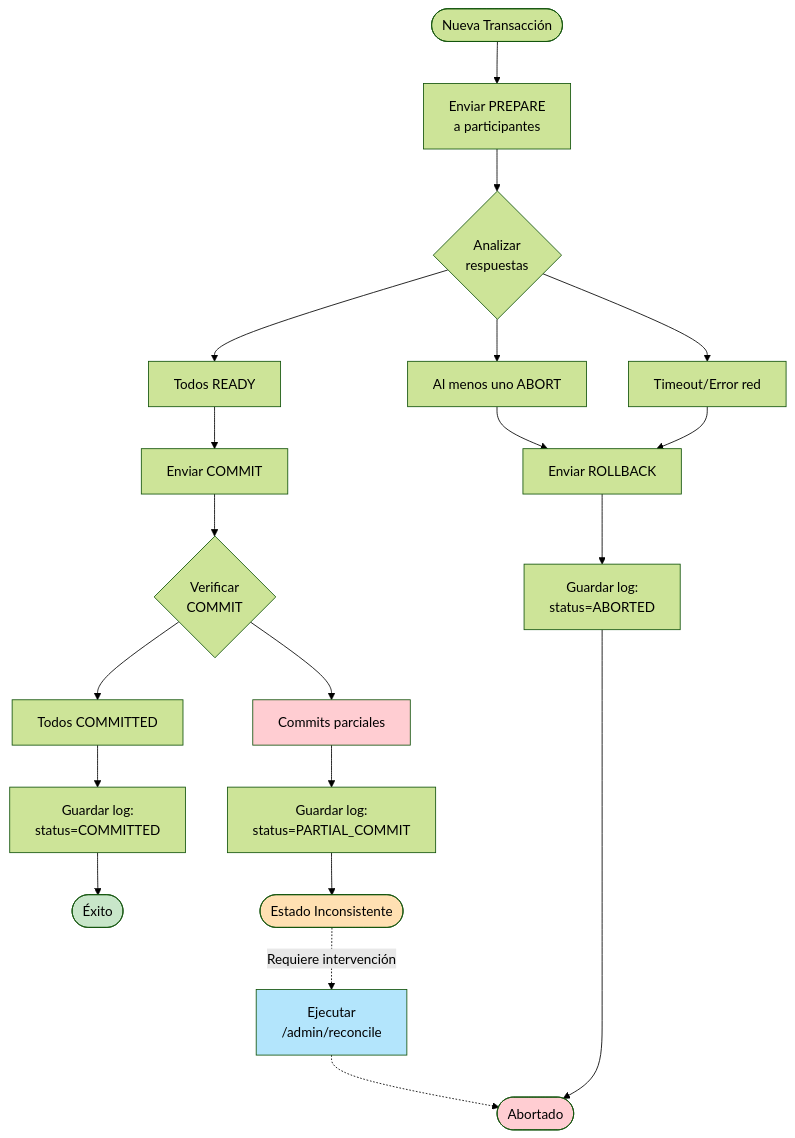
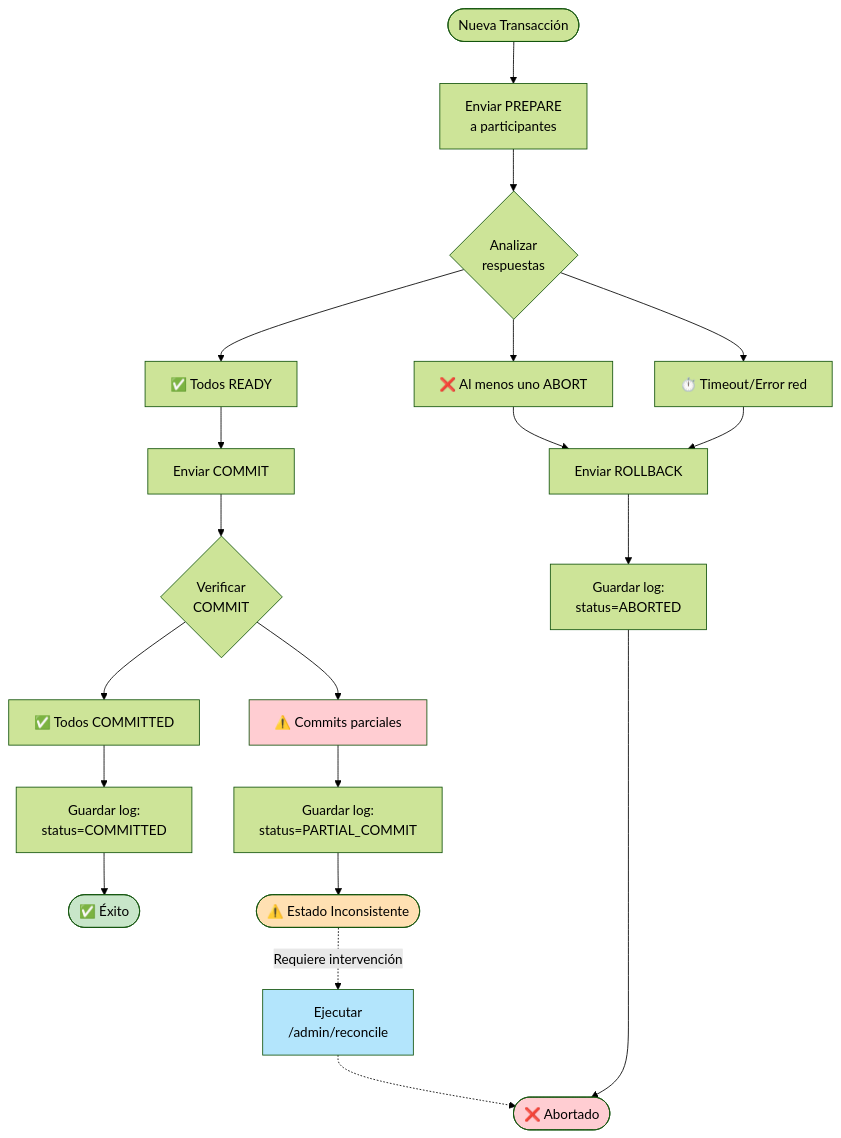
Before and after one commit to axlprz/APIv2final: the seventh of 8 diagrams in README_DOCUMENTACION.md, drawn with Mermaid (forest theme). The commit also changed other lines of this file, not shown here.

````diff
--- a/README_DOCUMENTACION.md
+++ b/README_DOCUMENTACION.md
@@ -455,63 +455,63 @@
 ```mermaid
 flowchart TD
     TX_START([Nueva Transacción])
     
     PREPARE[Enviar PREPARE<br/>a participantes]
     
     CHECK_RESP{Analizar<br/>respuestas}
     
-    ALL_READY[Todos READY]
-    SOME_ABORT[Al menos uno ABORT]
-    TIMEOUT[Timeout/Error red]
+    ALL_READY[✅ Todos READY]
+    SOME_ABORT[❌ Al menos uno ABORT]
+    TIMEOUT[⏱️ Timeout/Error red]
     
     COMMIT[Enviar COMMIT]
     ROLLBACK[Enviar ROLLBACK]
     
     CHECK_COMMIT{Verificar<br/>COMMIT}
     
-    ALL_COMMITTED[Todos COMMITTED]
-    PARTIAL[Commits parciales]
+    ALL_COMMITTED[✅ Todos COMMITTED]
+    PARTIAL[⚠️ Commits parciales]
     
     LOG_SUCCESS[Guardar log:<br/>status=COMMITTED]
     LOG_ABORT[Guardar log:<br/>status=ABORTED]
     LOG_PARTIAL[Guardar log:<br/>status=PARTIAL_COMMIT]
     
-    SUCCESS([Éxito])
-    ABORTED([ Abortado])
-    INCONSISTENT([Estado Inconsistente])
+    SUCCESS([✅ Éxito])
+    ABORTED([❌ Abortado])
+    INCONSISTENT([⚠️ Estado Inconsistente])
     
     RECONCILE[Ejecutar<br/>/admin/reconcile]
     
     TX_START --> PREPARE
     PREPARE --> CHECK_RESP
     
     CHECK_RESP --> ALL_READY
     CHECK_RESP --> SOME_ABORT
     CHECK_RESP --> TIMEOUT
     
     ALL_READY --> COMMIT
     SOME_ABORT --> ROLLBACK
     TIMEOUT --> ROLLBACK
     
     COMMIT --> CHECK_COMMIT
     ROLLBACK --> LOG_ABORT
     
     CHECK_COMMIT --> ALL_COMMITTED
     CHECK_COMMIT --> PARTIAL
     
     ALL_COMMITTED --> LOG_SUCCESS
     PARTIAL --> LOG_PARTIAL
     
     LOG_SUCCESS --> SUCCESS
     LOG_ABORT --> ABORTED
     LOG_PARTIAL --> INCONSISTENT
     
     INCONSISTENT -.->|Requiere intervención| RECONCILE
     RECONCILE -.-> ABORTED
     
     style SUCCESS fill:#c8e6c9
     style ABORTED fill:#ffcdd2
     style INCONSISTENT fill:#ffe0b2
     style RECONCILE fill:#b3e5fc
     style PARTIAL fill:#ffcdd2
 ```
````
